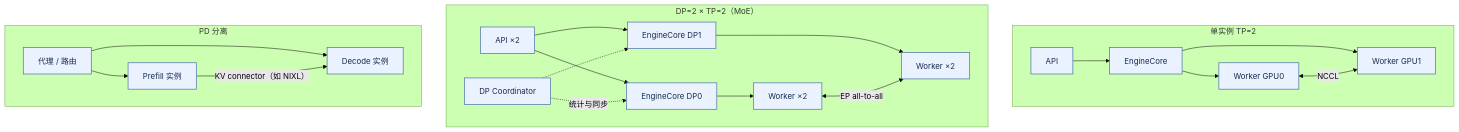
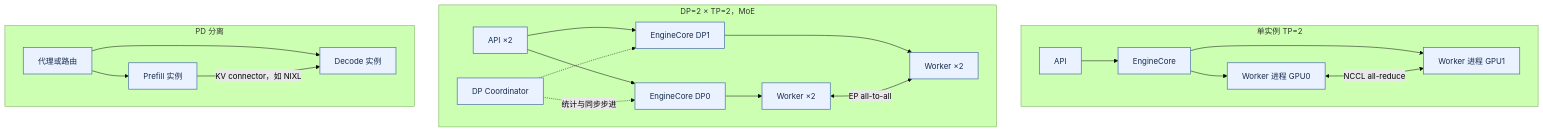
Before and after one commit to wxquare/wxquare.github.io: the third of 18 diagrams in books/ai-book/src/part2/03-inference.md, drawn with Mermaid (forest theme). The commit also changed other lines of this file and 4 other files, not shown here.

````diff
--- a/books/ai-book/src/part2/03-inference.md
+++ b/books/ai-book/src/part2/03-inference.md
@@ -440,24 +179,24 @@
 ```mermaid
 flowchart TB
     subgraph A["单实例 TP=2"]
         A1["API"] --> A2["EngineCore"]
-        A2 --> A3["Worker GPU0"]
-        A2 --> A4["Worker GPU1"]
-        A3 <-->|NCCL| A4
+        A2 --> A3["Worker 进程 GPU0"]
+        A2 --> A4["Worker 进程 GPU1"]
+        A3 <-->|"NCCL all-reduce"| A4
     end
-    subgraph B["DP=2 × TP=2（MoE）"]
+    subgraph B["DP=2 × TP=2，MoE"]
         B1["API ×2"] --> B2["EngineCore DP0"]
         B1 --> B3["EngineCore DP1"]
         B2 --> B4["Worker ×2"]
         B3 --> B5["Worker ×2"]
-        B6["DP Coordinator"] -.->|统计与同步| B2
+        B6["DP Coordinator"] -.->|"统计与同步步进"| B2
         B6 -.-> B3
-        B4 <-->|EP all-to-all| B5
+        B4 <-->|"EP all-to-all"| B5
     end
     subgraph C["PD 分离"]
-        C0["代理 / 路由"] --> C1["Prefill 实例"]
+        C0["代理或路由"] --> C1["Prefill 实例"]
         C0 --> C2["Decode 实例"]
-        C1 -->|"KV connector（如 NIXL）"| C2
+        C1 -->|"KV connector，如 NIXL"| C2
     end
     classDef default fill:#eaf2ff,stroke:#5279aa,stroke-width:1.5px,color:#172b4d;
 ```
````
